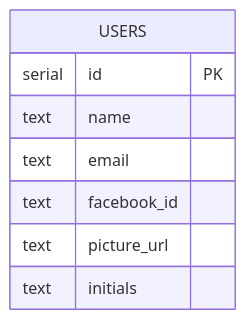
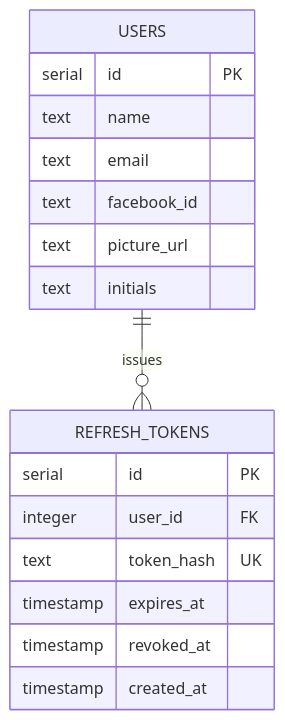
One commit to luizcurti/authkit-clean-arch changed the diagram in docs/mmd/db-schema.mmd. Above: the diagram before and after it, drawn with Mermaid. The commit also changed 103 other files, not shown here.

```diff
--- a/docs/mmd/db-schema.mmd
+++ b/docs/mmd/db-schema.mmd
@@ -1,9 +1,18 @@
 erDiagram
     USERS {
         serial id PK
         text name
         text email
         text facebook_id
         text picture_url
         text initials
     }
+    REFRESH_TOKENS {
+        serial id PK
+        integer user_id FK
+        text token_hash UK
+        timestamp expires_at
+        timestamp revoked_at
+        timestamp created_at
+    }
+    USERS ||--o{ REFRESH_TOKENS : issues
```
